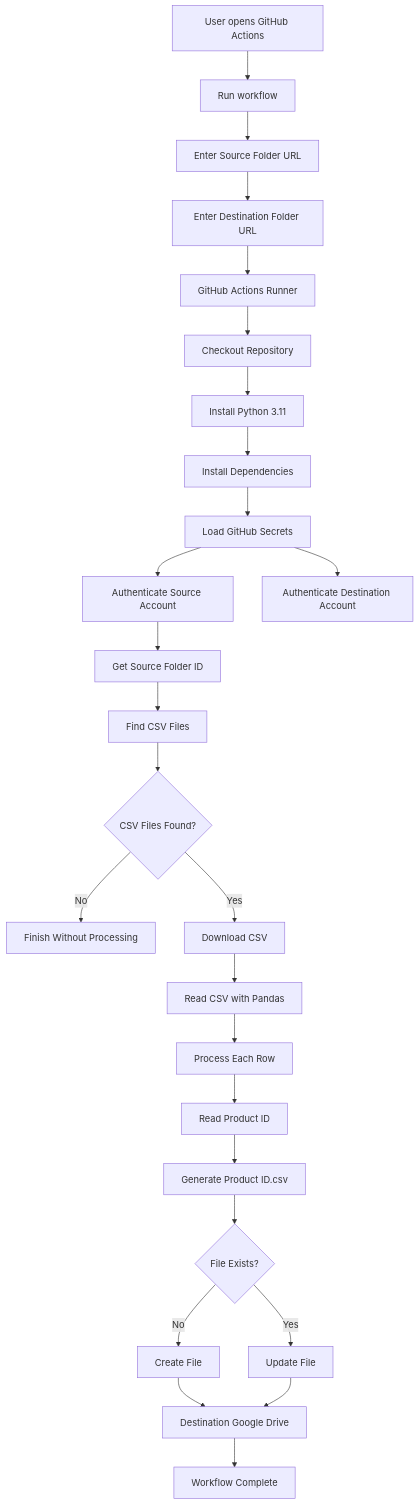
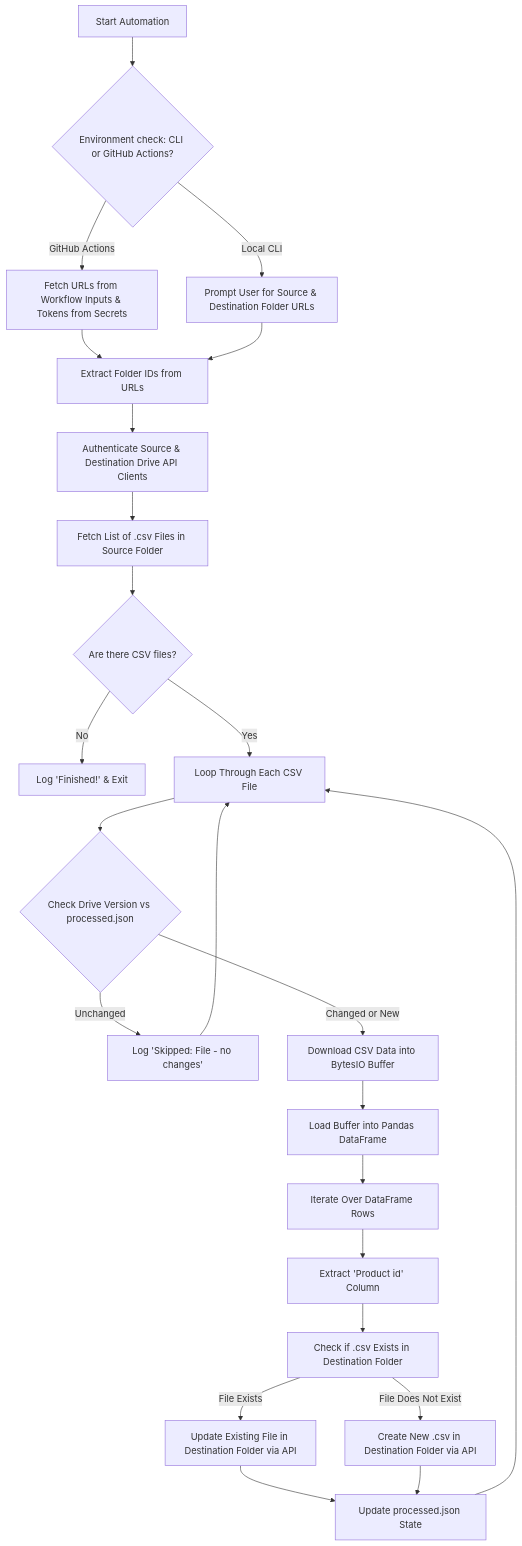
Before and after one commit to Dhanush104/google-drive-csv-automation: the second of 2 diagrams in README.md, drawn with Mermaid. The commit also changed other lines of this file, not shown here.

````diff
--- a/README.md
+++ b/README.md
@@ -81,38 +93,33 @@
 ```mermaid
-flowchart TB
-    A[User opens GitHub Actions] --> B[Run workflow]
-    B --> C[Enter Source Folder URL]
-    C --> D[Enter Destination Folder URL]
+flowchart TD
+    A[Start Automation] --> B{Environment check: CLI or GitHub Actions?}
+    B -->|GitHub Actions| C[Fetch URLs from Workflow Inputs & Tokens from Secrets]
+    B -->|Local CLI| D[Prompt User for Source & Destination Folder URLs]
 
-    D --> E[GitHub Actions Runner]
+    C --> E[Extract Folder IDs from URLs]
+    D --> E
 
-    E --> F[Checkout Repository]
-    F --> G[Install Python 3.11]
-    G --> H[Install Dependencies]
+    E --> F[Authenticate Source & Destination Drive API Clients]
+    F --> G[Fetch List of .csv Files in Source Folder]
 
-    H --> I[Load GitHub Secrets]
-    I --> J[Authenticate Source Account]
-    I --> K[Authenticate Destination Account]
+    G --> H{Are there CSV files?}
+    H -->|No| I[Log 'Finished!' & Exit]
+    H -->|Yes| J[Loop Through Each CSV File]
 
-    J --> L[Get Source Folder ID]
-    L --> M[Find CSV Files]
+    J --> K{Check Drive Version vs processed.json}
+    K -->|Unchanged| L[Log 'Skipped: File - no changes'] --> J
+    K -->|Changed or New| M[Download CSV Data into BytesIO Buffer]
 
-    M --> N{CSV Files Found?}
+    M --> N[Load Buffer into Pandas DataFrame]
+    N --> O[Iterate Over DataFrame Rows]
 
-    N -->|No| O[Finish Without Processing]
-    N -->|Yes| P[Download CSV]
+    O --> P[Extract 'Product id' Column]
+    P --> Q[Check if <Product id>.csv Exists in Destination Folder]
 
-    P --> Q[Read CSV with Pandas]
-    Q --> R[Process Each Row]
-    R --> S[Read Product ID]
-    S --> T[Generate Product ID.csv]
+    Q -->|File Exists| R[Update Existing File in Destination Folder via API]
+    Q -->|File Does Not Exist| S[Create New <Product id>.csv in Destination Folder via API]
 
-    T --> U{File Exists?}
-    U -->|No| V[Create File]
-    U -->|Yes| W[Update File]
-
-    V --> X[Destination Google Drive]
-    W --> X
-
-    X --> Y[Workflow Complete]
+    R --> T[Update processed.json State]
+    S --> T
+    T --> J
 ```
````
